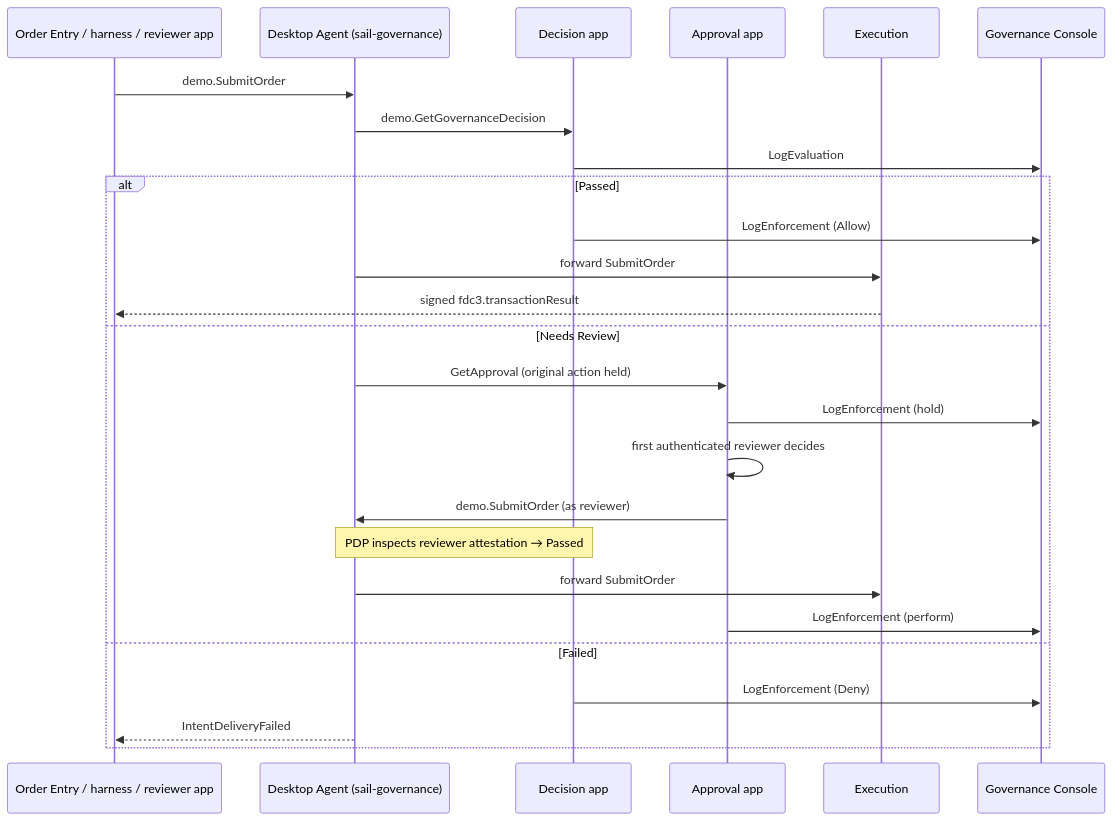
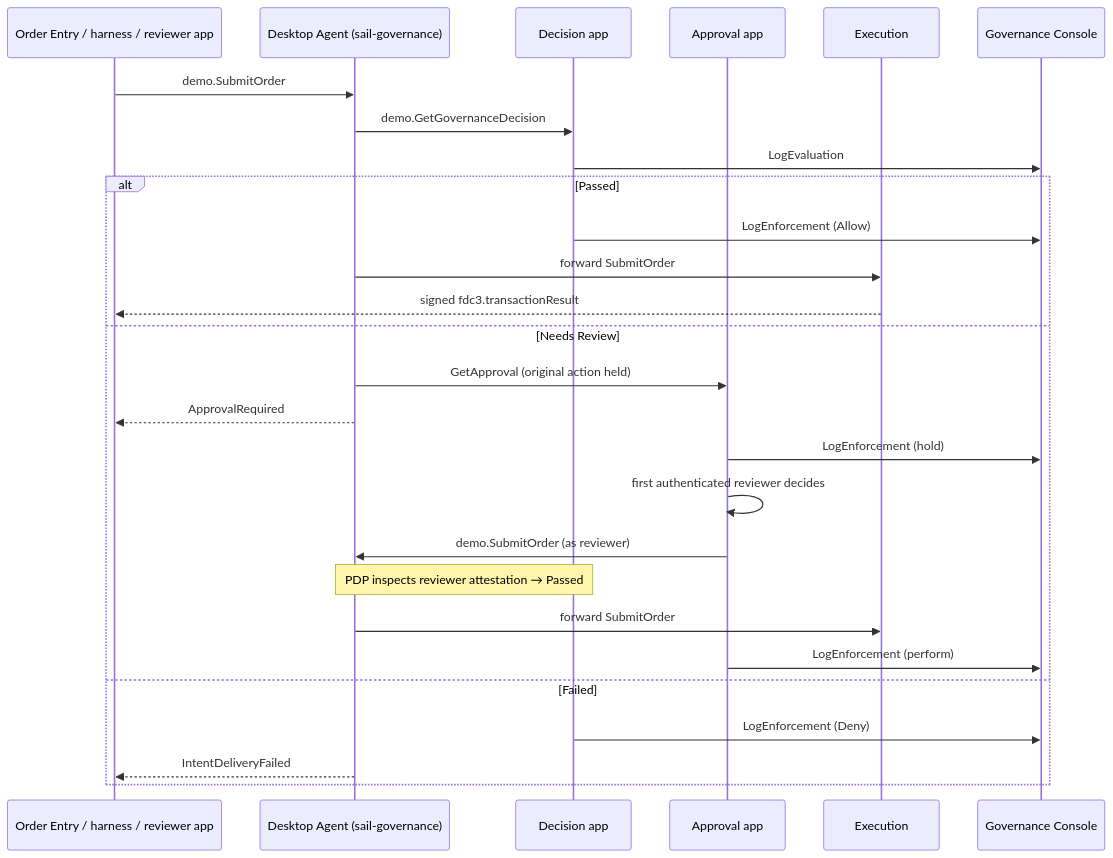
Before and after one commit to risk-first/ten-factor-governance: the first of 2 diagrams in docs/artifacts/finos/ai-portfolio-assistant/architecture.mdx, drawn with Mermaid. The commit also changed other lines of this file and 18 other files, not shown here.

````diff
--- a/docs/artifacts/finos/ai-portfolio-assistant/architecture.mdx
+++ b/docs/artifacts/finos/ai-portfolio-assistant/architecture.mdx
@@ -71,29 +72,30 @@
 ```mermaid
 sequenceDiagram
     participant Raiser as Order Entry / harness / reviewer app
     participant PEP as Desktop Agent (sail-governance)
     participant PDP as Decision app
     participant Approval as Approval app
     participant Exec as Execution
     participant Console as Governance Console
 
     Raiser->>PEP: demo.SubmitOrder
     PEP->>PDP: demo.GetGovernanceDecision
     PDP->>Console: LogEvaluation
     alt Passed
         PDP->>Console: LogEnforcement (Allow)
         PEP->>Exec: forward SubmitOrder
         Exec-->>Raiser: signed fdc3.transactionResult
     else Needs Review
         PEP->>Approval: GetApproval (original action held)
+        PEP-->>Raiser: ApprovalRequired
         Approval->>Console: LogEnforcement (hold)
         Approval->>Approval: first authenticated reviewer decides
         Approval->>PEP: demo.SubmitOrder (as reviewer)
         Note over PEP,PDP: PDP inspects reviewer attestation → Passed
         PEP->>Exec: forward SubmitOrder
         Approval->>Console: LogEnforcement (perform)
     else Failed
         PDP->>Console: LogEnforcement (Deny)
         PEP-->>Raiser: IntentDeliveryFailed
     end
 ```
````
